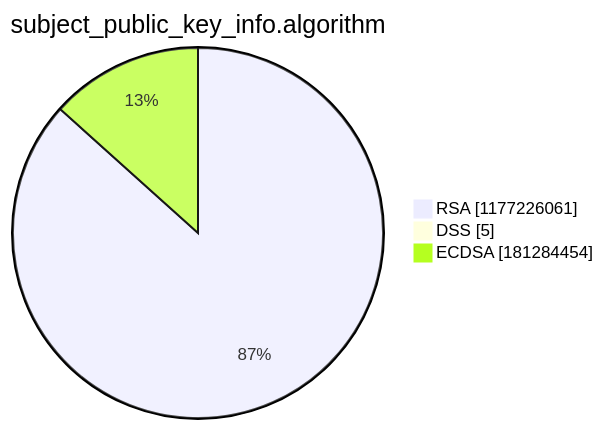
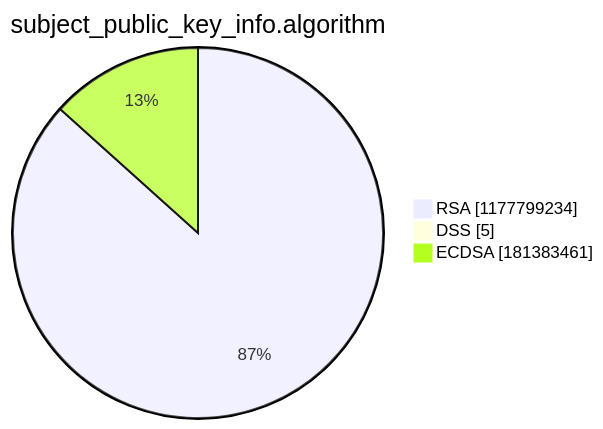
The third of 15 diagrams in argon2022/README.md (christiankrug/ctmonitor_visualization), drawn with Mermaid before and after one commit. The commit also changed other lines of this file, not shown here.

````diff
--- a/argon2022/README.md
+++ b/argon2022/README.md
@@ -14,7 +14,7 @@
 ```mermaid
 pie showData
 title subject_public_key_info.algorithm
-"RSA" :1177226061
+"RSA" :1177799234
 "DSS" :5
-"ECDSA" :181284454
+"ECDSA" :181383461
 ```
````
